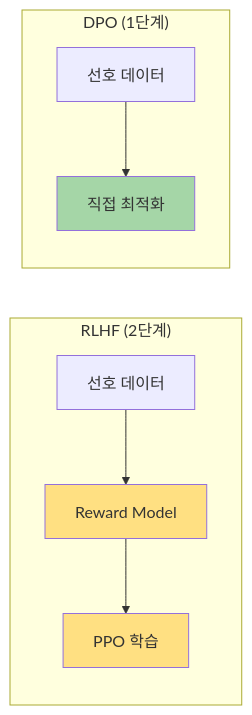
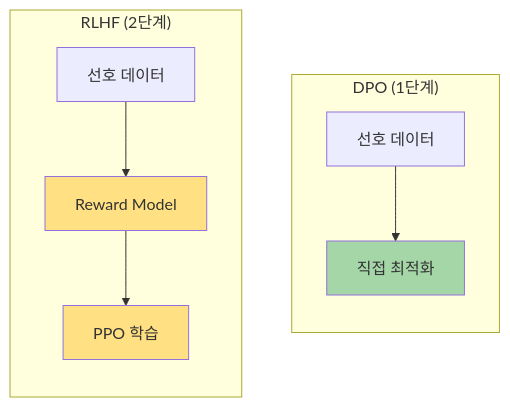
Before and after one commit to Gyeom/dev-notes: the third of 5 diagrams in content/posts/2025-12-28-llm-training-methods-comparison.md, drawn with Mermaid.

Commit message:
Fix: RLHF vs DPO 다이어그램 가로 배치 강제
subgraph 간 invisible link (~~~) 추가로 가로 배치 강제

🤖 Generated with [Claude Code](https://claude.com/claude-code)

````diff
--- a/content/posts/2025-12-28-llm-training-methods-comparison.md
+++ b/content/posts/2025-12-28-llm-training-methods-comparison.md
@@ -126,15 +126,16 @@
 ```mermaid
 flowchart LR
     subgraph RLHF["RLHF (2단계)"]
-        A1["선호 데이터"] --> B1["Reward Model"]
-        B1 --> C1["PPO 학습"]
+        A1["선호 데이터"] --> B1["Reward Model"] --> C1["PPO 학습"]
     end
 
     subgraph DPO["DPO (1단계)"]
         A2["선호 데이터"] --> B2["직접 최적화"]
     end
 
+    RLHF ~~~ DPO
+
     style B1 fill:#FFE082
     style C1 fill:#FFE082
     style B2 fill:#A5D6A7
 ```
````
